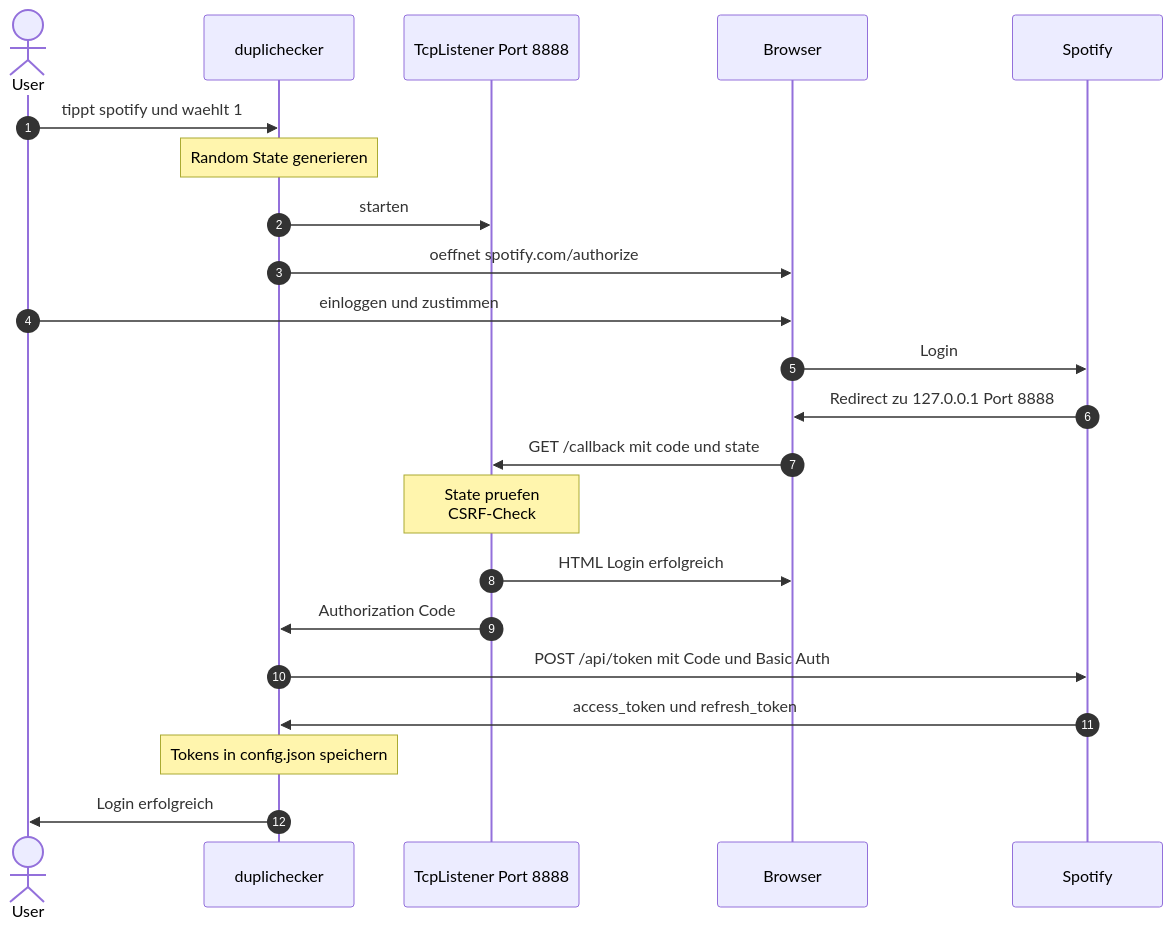
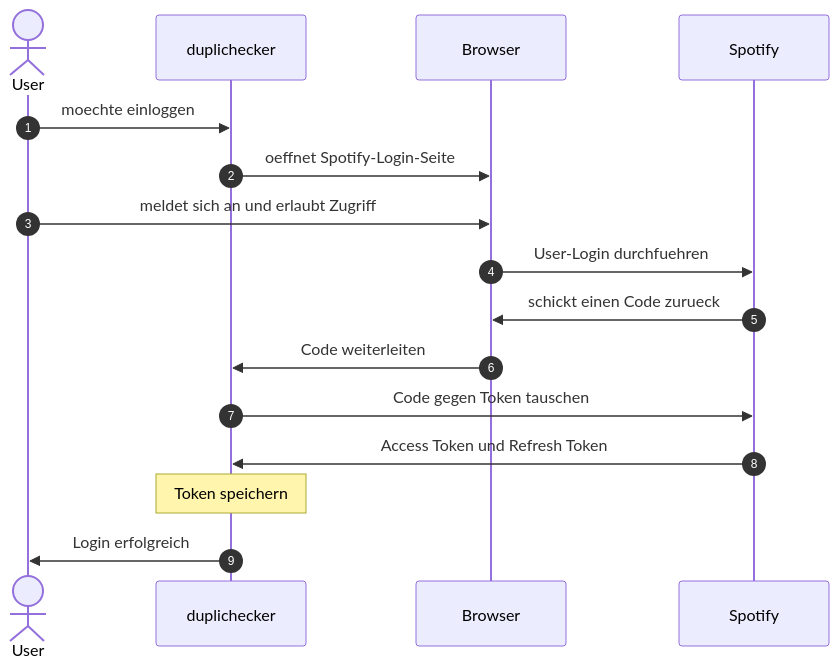
Before and after one commit to leandrosab/spotify-dup: the fourth of 6 diagrams in anhang/flowchart.md, drawn with Mermaid. The commit also changed other lines of this file, not shown here.

Commit message:
Flowchart V.6

````diff
--- a/anhang/flowchart.md
+++ b/anhang/flowchart.md
@@ -89,25 +98,19 @@
 ```mermaid
 sequenceDiagram
     autonumber
     actor User
-    participant CLI as duplichecker
-    participant Listener as TcpListener Port 8888
+    participant Tool as duplichecker
     participant Browser
     participant Spotify
 
-    User->>CLI: tippt spotify und waehlt 1
-    Note over CLI: Random State generieren
-    CLI->>Listener: starten
-    CLI->>Browser: oeffnet spotify.com/authorize
-    User->>Browser: einloggen und zustimmen
-    Browser->>Spotify: Login
-    Spotify->>Browser: Redirect zu 127.0.0.1 Port 8888
-    Browser->>Listener: GET /callback mit code und state
-    Note over Listener: State pruefen<br/>CSRF-Check
-    Listener->>Browser: HTML Login erfolgreich
-    Listener->>CLI: Authorization Code
-    CLI->>Spotify: POST /api/token mit Code und Basic Auth
-    Spotify->>CLI: access_token und refresh_token
-    Note over CLI: Tokens in config.json speichern
-    CLI->>User: Login erfolgreich
+    User->>Tool: moechte einloggen
+    Tool->>Browser: oeffnet Spotify-Login-Seite
+    User->>Browser: meldet sich an und erlaubt Zugriff
+    Browser->>Spotify: User-Login durchfuehren
+    Spotify->>Browser: schickt einen Code zurueck
+    Browser->>Tool: Code weiterleiten
+    Tool->>Spotify: Code gegen Token tauschen
+    Spotify->>Tool: Access Token und Refresh Token
+    Note over Tool: Token speichern
+    Tool->>User: Login erfolgreich
 ```
````
